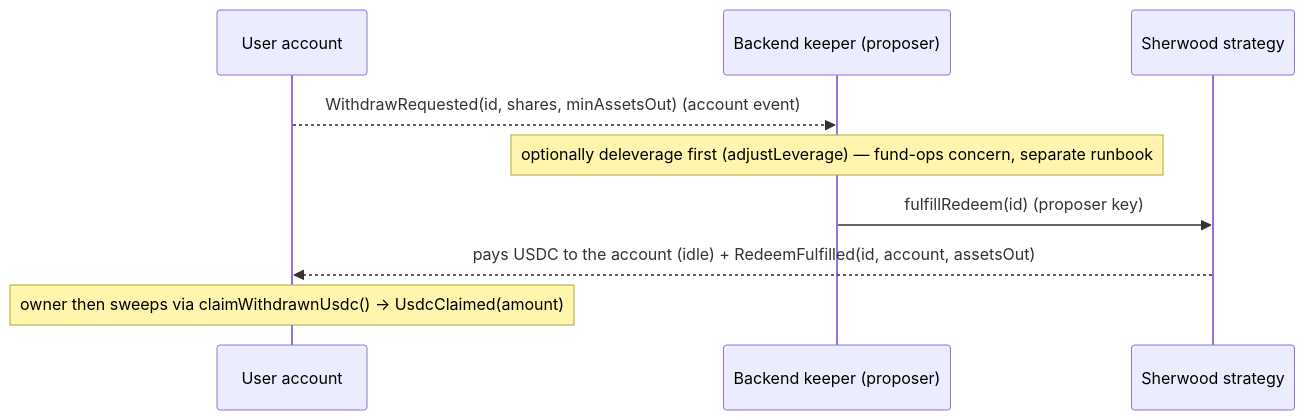
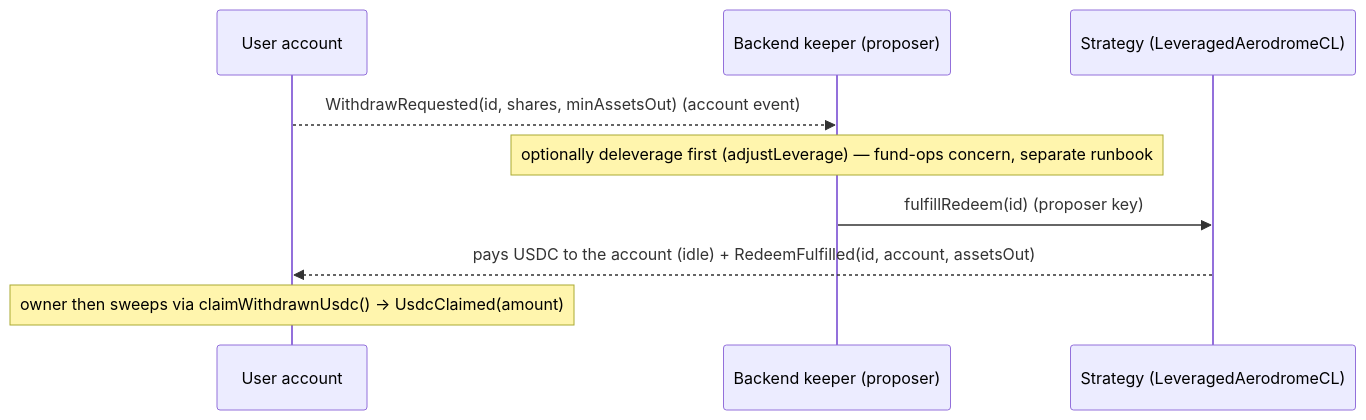
The diagram in docs/integrations/LEVERAGED_AERO_BACKEND.md (moonwell-fi/mamo-contracts), drawn with Mermaid before and after one commit. The commit also changed other lines of this file and 7 other files, not shown here.

````diff
--- a/docs/integrations/LEVERAGED_AERO_BACKEND.md
+++ b/docs/integrations/LEVERAGED_AERO_BACKEND.md
@@ -133,12 +142,12 @@
 ```mermaid
 sequenceDiagram
     participant A as User account
     participant B as Backend keeper (proposer)
-    participant S as Sherwood strategy
+    participant S as Strategy (LeveragedAerodromeCL)
 
     A-->>B: WithdrawRequested(id, shares, minAssetsOut)   (account event)
     Note over B: optionally deleverage first (adjustLeverage) — fund-ops concern, separate runbook
     B->>S: fulfillRedeem(id)                              (proposer key)
     S-->>A: pays USDC to the account (idle) + RedeemFulfilled(id, account, assetsOut)
     Note over A: owner then sweeps via claimWithdrawnUsdc() → UsdcClaimed(amount)
 ```
````
